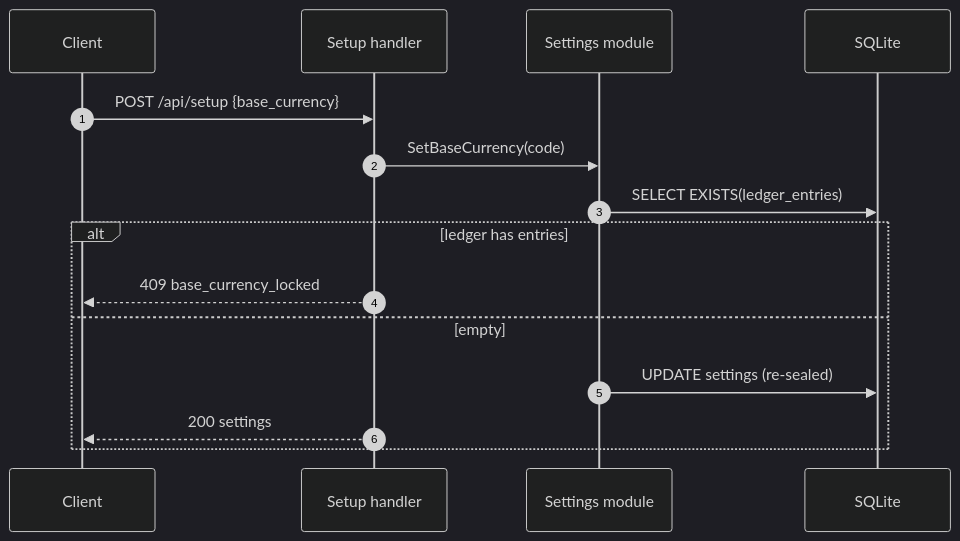
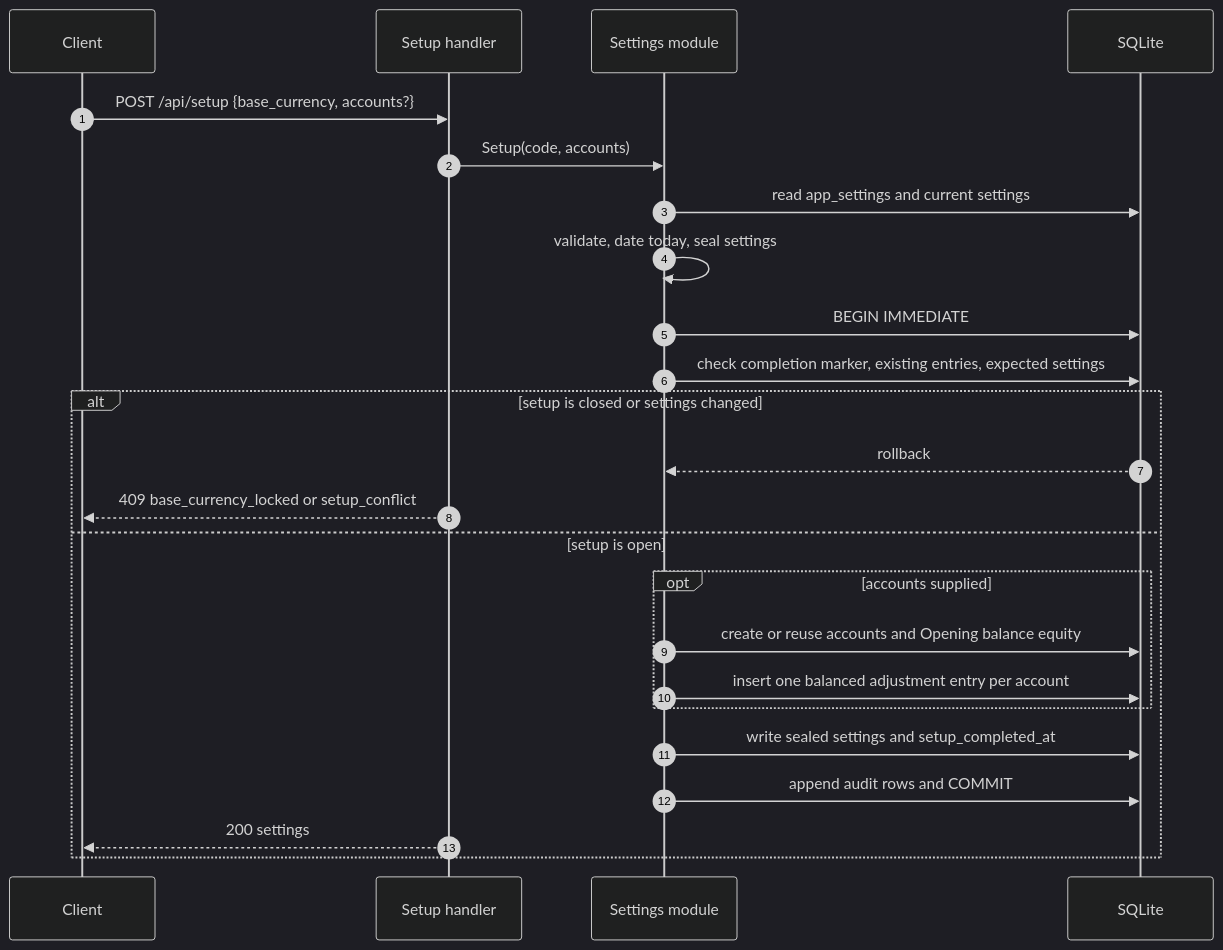
Before and after one commit to dimasbaguspm/spenicle: the diagram in docs/endpoints/POST_api_setup.md, drawn with Mermaid (dark theme). The commit also changed other lines of this file and 68 other files, not shown here.

Commit message:
feat: seed opening balances during setup

````diff
--- a/docs/endpoints/POST_api_setup.md
+++ b/docs/endpoints/POST_api_setup.md
@@ -47,17 +66,26 @@
 ```mermaid
 sequenceDiagram
     autonumber
     participant C as Client
     participant H as Setup handler
     participant S as Settings module
     participant DB as SQLite
-    C->>H: POST /api/setup {base_currency}
-    H->>S: SetBaseCurrency(code)
-    S->>DB: SELECT EXISTS(ledger_entries)
-    alt ledger has entries
-        H-->>C: 409 base_currency_locked
-    else empty
-        S->>DB: UPDATE settings (re-sealed)
+    C->>H: POST /api/setup {base_currency, accounts?}
+    H->>S: Setup(code, accounts)
+    S->>DB: read app_settings and current settings
+    S->>S: validate, date today, seal settings
+    S->>DB: BEGIN IMMEDIATE
+    S->>DB: check completion marker, existing entries, expected settings
+    alt setup is closed or settings changed
+        DB-->>S: rollback
+        H-->>C: 409 base_currency_locked or setup_conflict
+    else setup is open
+        opt accounts supplied
+            S->>DB: create or reuse accounts and Opening balance equity
+            S->>DB: insert one balanced adjustment entry per account
+        end
+        S->>DB: write sealed settings and setup_completed_at
+        S->>DB: append audit rows and COMMIT
         H-->>C: 200 settings
     end
 ```
````
